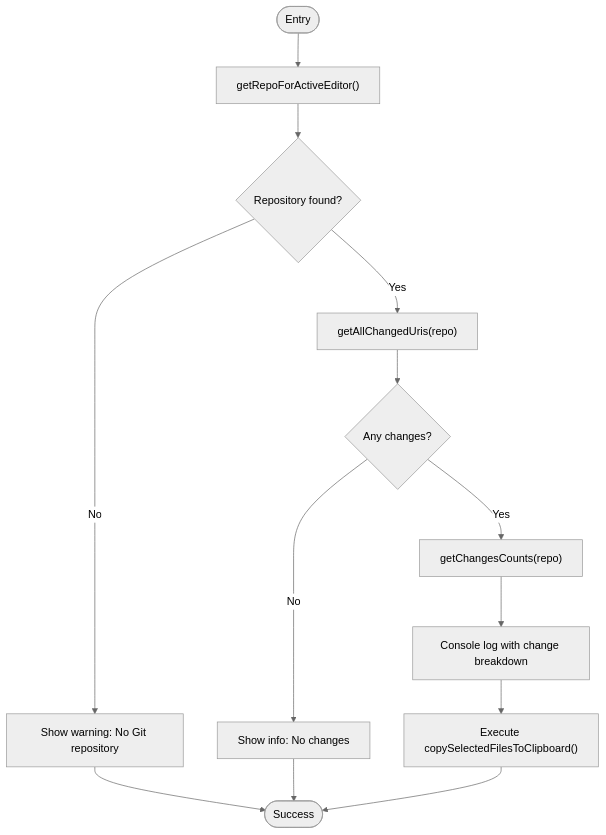
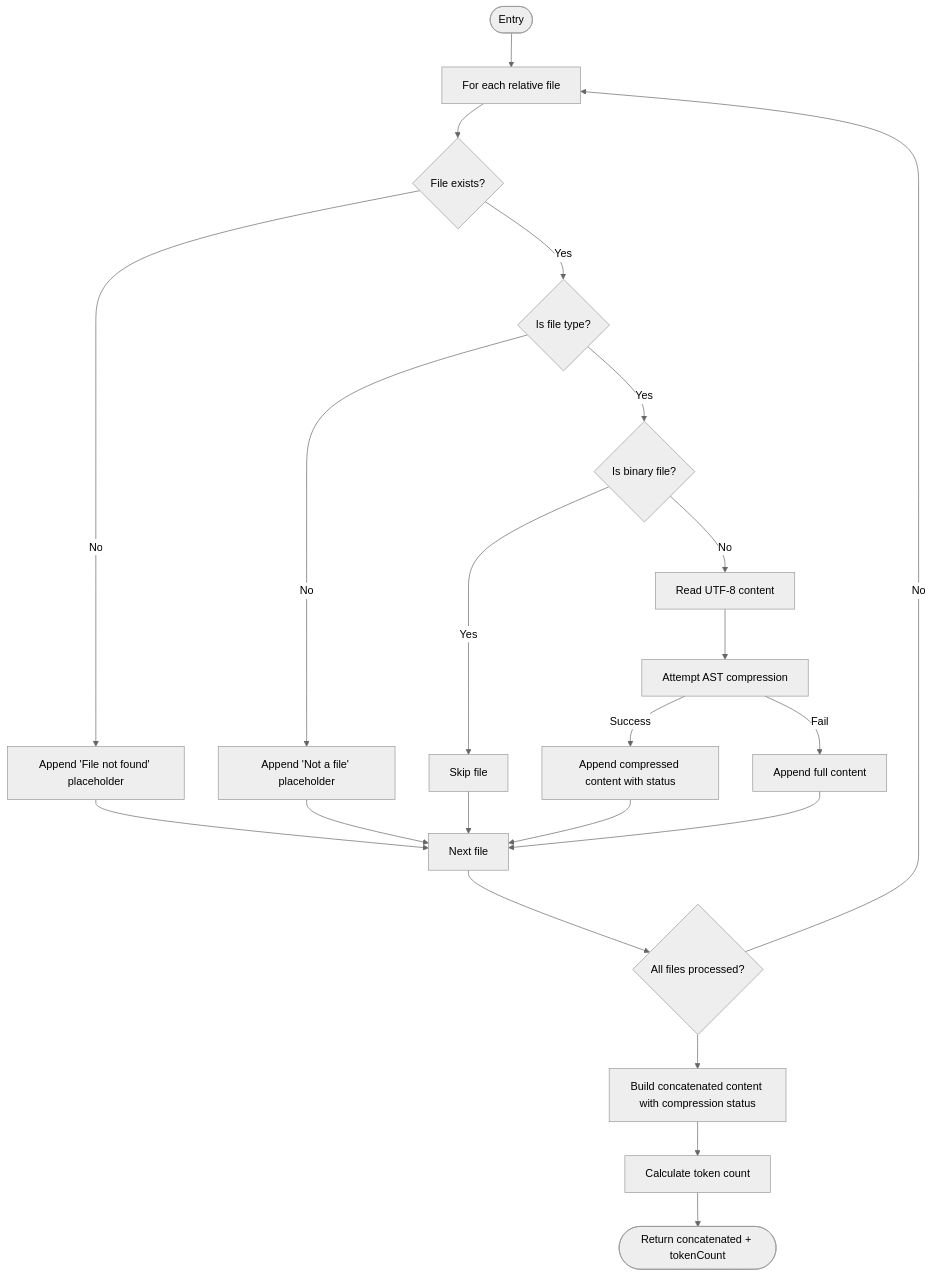
One commit to bramburn/repomix-runner changed the seventh of 15 diagrams in .qoder/repowiki/en/content/Command System/Command Handlers/Clipboard Commands.md. Above: the diagram before and after it, drawn with Mermaid (neutral theme). The commit also changed other lines of this file and 19 other files, not shown here.

````diff
--- a/.qoder/repowiki/en/content/Command System/Command Handlers/Clipboard Commands.md
+++ b/.qoder/repowiki/en/content/Command System/Command Handlers/Clipboard Commands.md
@@ -385,15 +450,24 @@
 ```mermaid
 flowchart TD
-Start(["Entry"]) --> GetRepo["getRepoForActiveEditor()"]
-GetRepo --> RepoFound{"Repository found?"}
-RepoFound --> |No| Warn["Show warning: No Git repository"]
-RepoFound --> |Yes| GetChanges["getAllChangedUris(repo)"]
-GetChanges --> HasChanges{"Any changes?"}
-HasChanges --> |No| Info["Show info: No changes"]
-HasChanges --> |Yes| GetCounts["getChangesCounts(repo)"]
-GetCounts --> Log["Console log with change breakdown"]
-Log --> Execute["Execute copySelectedFilesToClipboard()"]
-Execute --> Done(["Success"])
-Warn --> Done
-Info --> Done
+Start(["Entry"]) --> ForEach["For each relative file"]
+ForEach --> Exists{"File exists?"}
+Exists --> |No| AppendErr["Append 'File not found' placeholder"]
+Exists --> |Yes| IsFile{"Is file type?"}
+IsFile --> |No| AppendNotFile["Append 'Not a file' placeholder"]
+IsFile --> |Yes| IsBinary{"Is binary file?"}
+IsBinary --> |Yes| Skip["Skip file"]
+IsBinary --> |No| Read["Read UTF-8 content"]
+Read --> Compress["Attempt AST compression"]
+Compress --> |Success| AppendComp["Append compressed content with status"]
+Compress --> |Fail| AppendFull["Append full content"]
+AppendComp --> Next["Next file"]
+AppendFull --> Next
+AppendErr --> Next
+AppendNotFile --> Next
+Skip --> Next
+Next --> Done{"All files processed?"}
+Done --> |No| ForEach
+Done --> Build["Build concatenated content with compression status"]
+Build --> TokenCount["Calculate token count"]
+TokenCount --> Return(["Return concatenated + tokenCount"])
 ```
````
